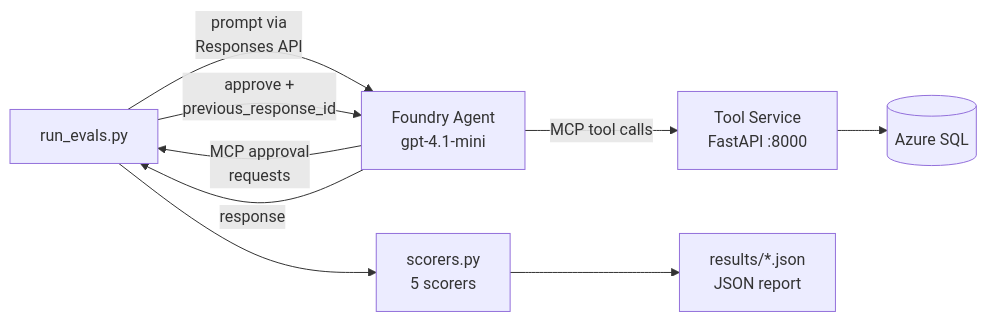
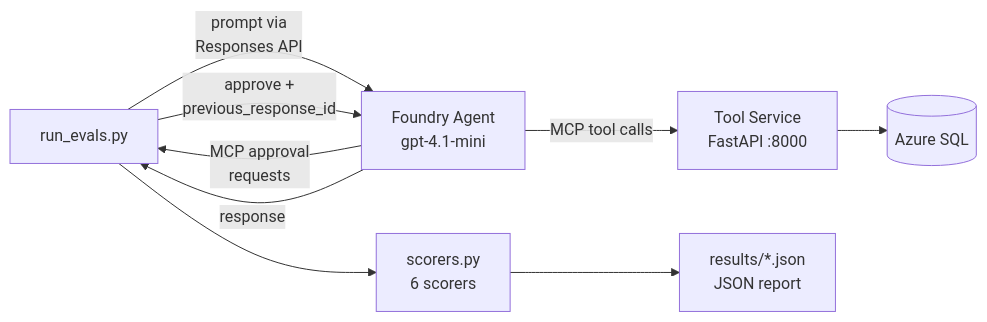
One commit to aionic/IQ-Workshop changed the seventh of 7 diagrams in docs/architecture.md. Above: the diagram before and after it, drawn with Mermaid. The commit also changed other lines of this file and 25 other files, not shown here.

````diff
--- a/docs/architecture.md
+++ b/docs/architecture.md
@@ -228,11 +278,11 @@
 ```mermaid
 flowchart LR
   R[run_evals.py] -->|prompt via\nResponses API| A[Foundry Agent\ngpt-4.1-mini]
   A -->|MCP tool calls| T[Tool Service\nFastAPI :8000]
   T --> DB[(Azure SQL)]
   A -->|MCP approval\nrequests| R
   R -->|approve +\nprevious_response_id| A
   A -->|response| R
-  R --> S[scorers.py\n5 scorers]
+  R --> S[scorers.py\n6 scorers]
   S --> J[results/*.json\nJSON report]
 ```
````
